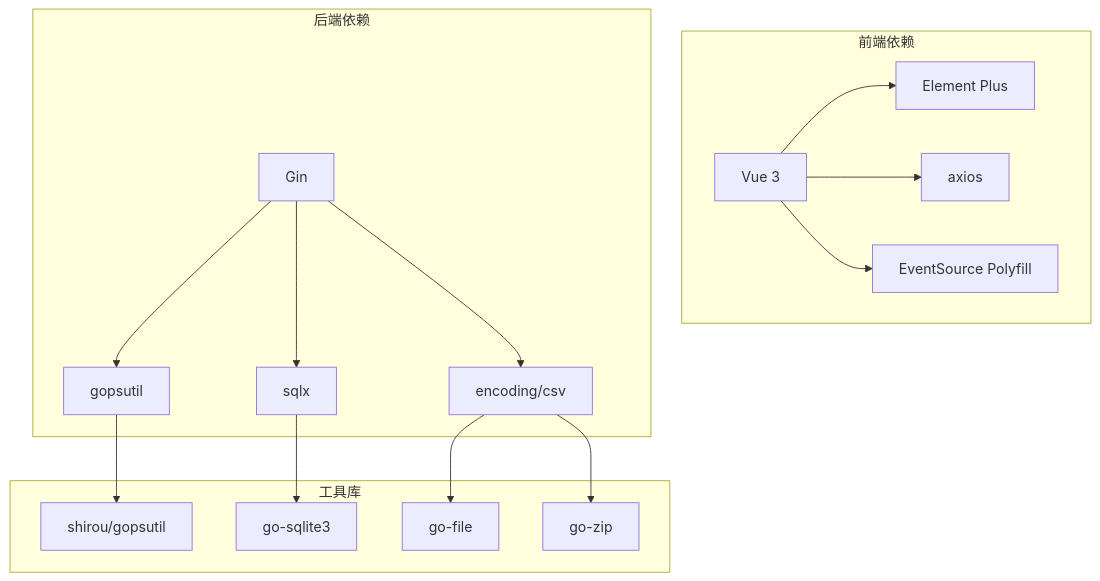
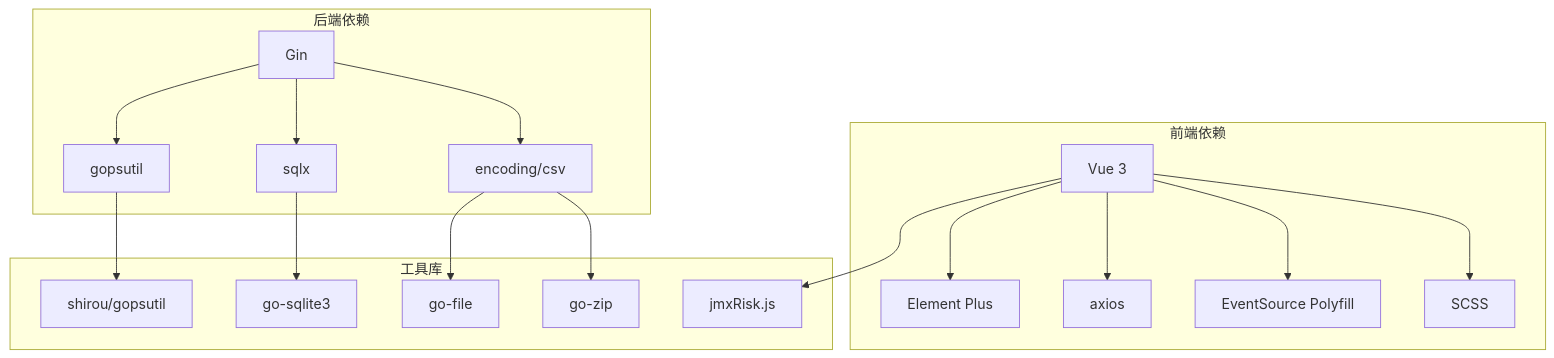
Before and after one commit to Liyuhao02/Jmeter-Admin: diagram 21 of 23 in .qoder/repowiki/zh/content/Execution Detail View.md, drawn with Mermaid. The commit also changed other lines of this file and 13 other files, not shown here.

````diff
--- a/.qoder/repowiki/zh/content/Execution Detail View.md
+++ b/.qoder/repowiki/zh/content/Execution Detail View.md
@@ -505,31 +775,35 @@
 ```mermaid
 graph TB
 subgraph "前端依赖"
 A[Vue 3]
 B[Element Plus]
 C[axios]
 D[EventSource Polyfill]
+E[SCSS]
 end
 subgraph "后端依赖"
-E[Gin]
-F[gopsutil]
-G[sqlx]
-H[encoding/csv]
+F[Gin]
+G[gopsutil]
+H[sqlx]
+I[encoding/csv]
 end
 subgraph "工具库"
-I[shirou/gopsutil]
-J[go-sqlite3]
-K[go-file]
-L[go-zip]
+J[shirou/gopsutil]
+K[go-sqlite3]
+L[go-file]
+M[go-zip]
+N[jmxRisk.js]
 end
 A --> B
 A --> C
 A --> D
-E --> F
-E --> G
-E --> H
+A --> E
+F --> G
+F --> H
 F --> I
 G --> J
 H --> K
-H --> L
+I --> L
+I --> M
+A --> N
 ```
````
